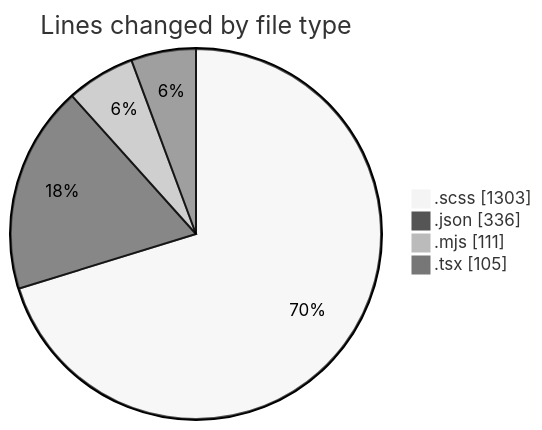
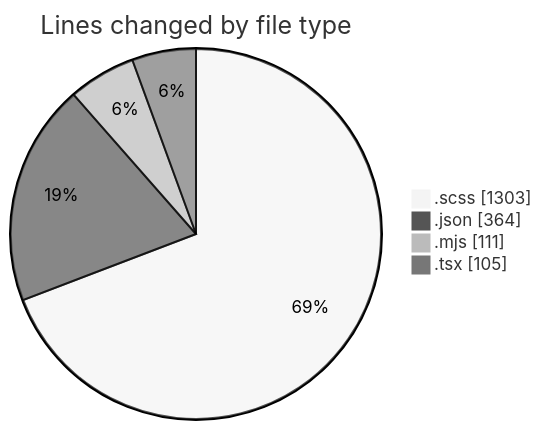
Before and after one commit to momahboobian/code-tracking: the first of 2 diagrams in 2026-01-27/cda/README.md, drawn with Mermaid (neutral theme). The commit also changed other lines of this file and 1 other file, not shown here.

````diff
--- a/2026-01-27/cda/README.md
+++ b/2026-01-27/cda/README.md
@@ -30,8 +31,8 @@
 ```mermaid
 pie showData
 title Lines changed by file type
 ".scss" : 1303
-".json" : 336
+".json" : 364
 ".mjs" : 111
 ".tsx" : 105
 ```
````
